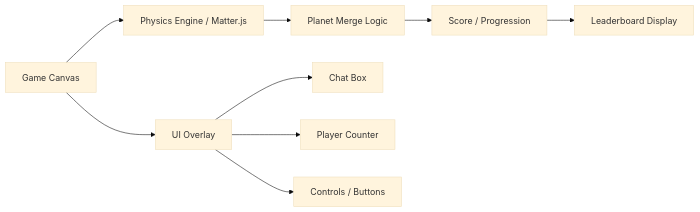
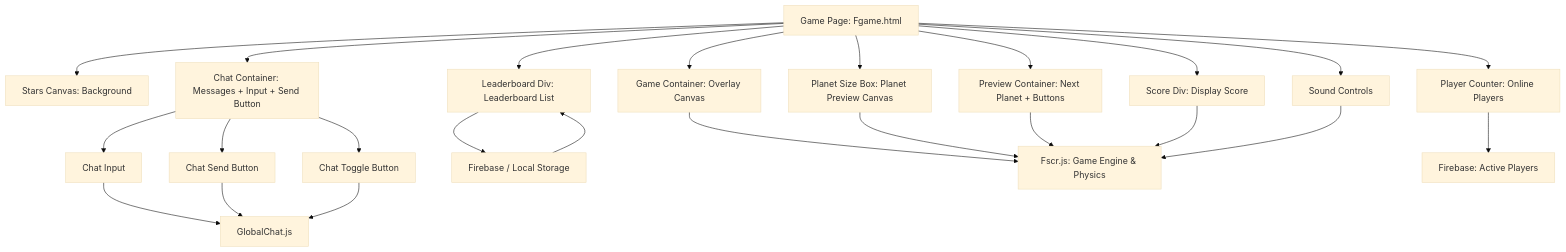
The diagram in README.md (MolnarHangaBorbala/Planet-Merge), drawn with Mermaid (base theme) before and after one commit.

````diff
--- a/README.md
+++ b/README.md
@@ -52,11 +52,33 @@
 ```mermaid
-flowchart LR
-    A[Game Canvas] --> B[Physics Engine / Matter.js]
-    B --> C[Planet Merge Logic]
-    C --> D[Score / Progression]
-    D --> E[Leaderboard Display]
-    A --> F[UI Overlay]
-    F --> G[Chat Box]
-    F --> H[Player Counter]
-    F --> I[Controls / Buttons]
+flowchart TD
+    A[Game Page: Fgame.html] --> B[Stars Canvas: Background]
+    A --> C[Game Container: Overlay Canvas]
+    A --> D[Planet Size Box: Planet Preview Canvas]
+    A --> E[Score Div: Display Score]
+    A --> F[Leaderboard Div: Leaderboard List]
+    A --> G[Preview Container: Next Planet + Buttons]
+    A --> H[Chat Container: Messages + Input + Send Button]
+    A --> I[Player Counter: Online Players]
+    A --> J[Sound Controls]
+    
+    %% Chat flow
+    H --> H1[Chat Input]
+    H --> H2[Chat Send Button]
+    H --> H3[Chat Toggle Button]
+    H1 --> K[GlobalChat.js]
+    H2 --> K
+    H3 --> K
+    
+    %% Leaderboard flow
+    F --> L[Firebase / Local Storage]
+    L --> F
+    
+    %% Game logic
+    C --> M[Fscr.js: Game Engine & Physics]
+    D --> M
+    G --> M
+    E --> M
+    I --> N[Firebase: Active Players]
+    J --> M
+
 ```
````
